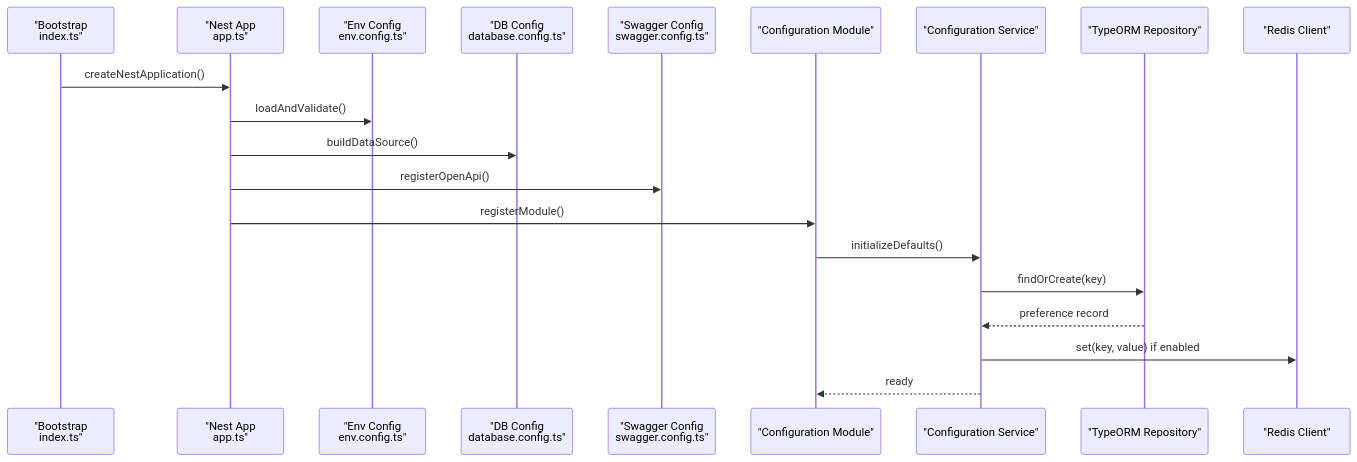
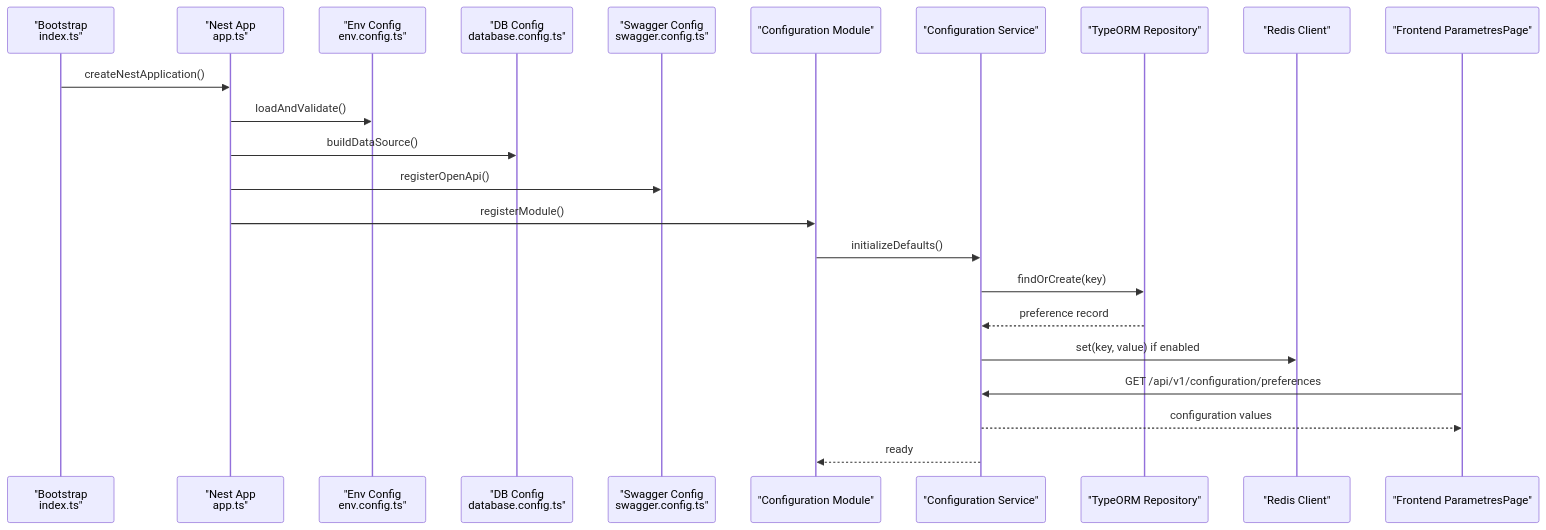
One commit to franckylab/eLISAschool changed the second of 5 diagrams in .qoder/repowiki/en/content/System Architecture/Backend Architecture/Configuration & Environment Management.md. Above: the diagram before and after it, drawn with Mermaid. The commit also changed other lines of this file and 39 other files, not shown here.

````diff
--- a/.qoder/repowiki/en/content/System Architecture/Backend Architecture/Configuration & Environment Management.md
+++ b/.qoder/repowiki/en/content/System Architecture/Backend Architecture/Configuration & Environment Management.md
@@ -200,22 +139,25 @@
 ```mermaid
 sequenceDiagram
 participant Boot as "Bootstrap<br/>index.ts"
 participant App as "Nest App<br/>app.ts"
 participant Env as "Env Config<br/>env.config.ts"
 participant DB as "DB Config<br/>database.config.ts"
 participant SW as "Swagger Config<br/>swagger.config.ts"
 participant Mod as "Configuration Module"
 participant Svc as "Configuration Service"
 participant Repo as "TypeORM Repository"
 participant Cache as "Redis Client"
+participant FE as "Frontend ParametresPage"
 Boot->>App : createNestApplication()
 App->>Env : loadAndValidate()
 App->>DB : buildDataSource()
 App->>SW : registerOpenApi()
 App->>Mod : registerModule()
 Mod->>Svc : initializeDefaults()
 Svc->>Repo : findOrCreate(key)
 Repo-->>Svc : preference record
 Svc->>Cache : set(key, value) if enabled
+FE->>Svc : GET /api/v1/configuration/preferences
+Svc-->>FE : configuration values
 Svc-->>Mod : ready
 ```
````
